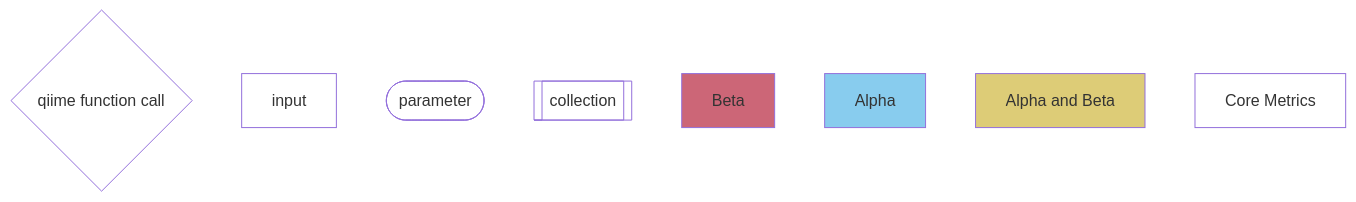
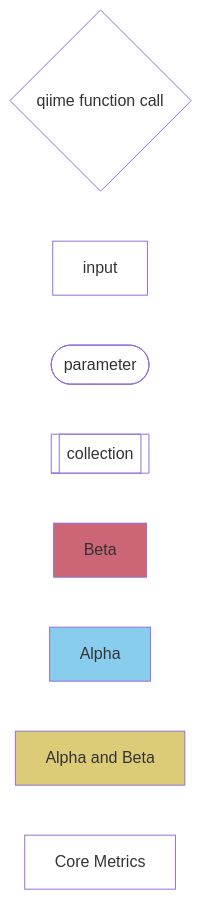
Before and after one commit to caporaso-lab/q2-boots: the diagram in pipeline-key.md, drawn with Mermaid.

Commit message:
rotate key

````diff
--- a/pipeline-key.md
+++ b/pipeline-key.md
@@ -1,19 +1,19 @@
 ```mermaid
-flowchart TD
-function-call{qiime function call}
+flowchart LR
+    function-call{qiime function call}
     input
     parameter([parameter])
     collection[[collection]]
 
     style function-call fill:white
     style input fill:white
     style parameter fill:white
     style collection fill:white
 
     style Beta fill:#CC6677
     style Alpha fill:#88CCEE
     AB[Alpha and Beta]
     style AB fill:#DDCC77
     core-metrics[Core Metrics]
     style core-metrics fill:white
 ```
````
